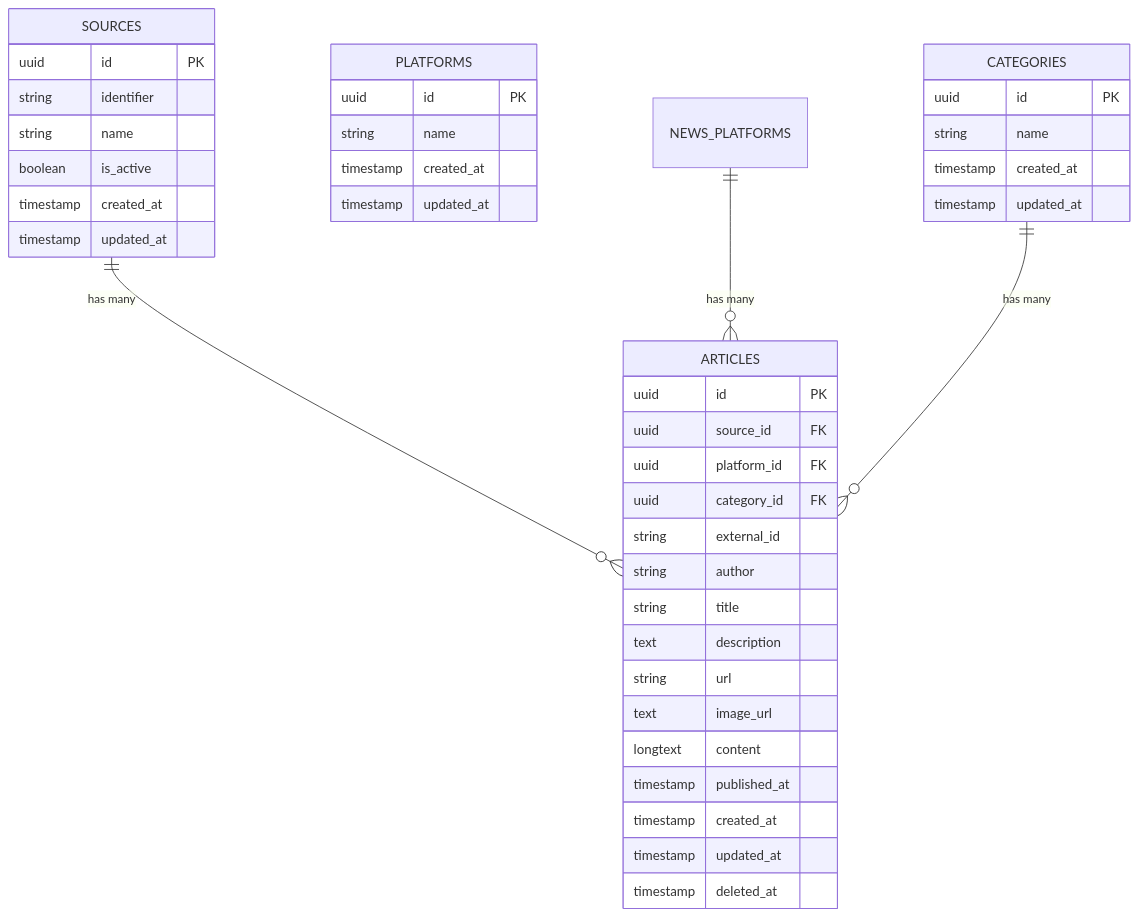
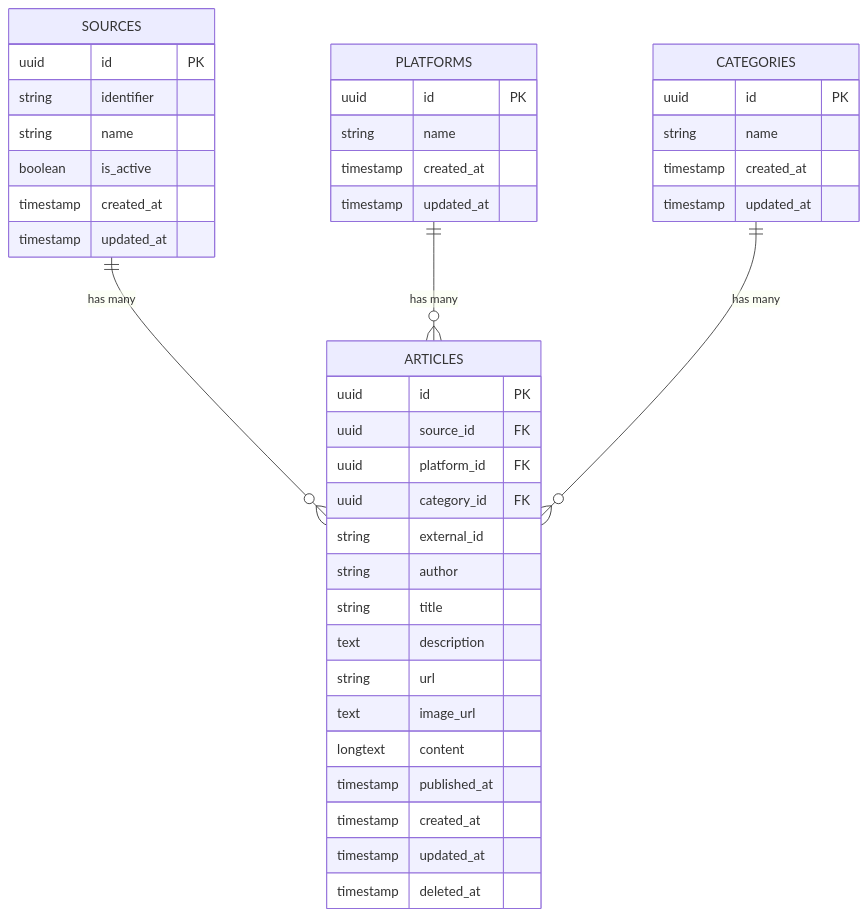
One commit to talhatech/news-aggregator changed the diagram in schema-diagram.mermaid. Above: the diagram before and after it, drawn with Mermaid.

Commit message:
Update: schema-diagram.mermaid

```diff
--- a/schema-diagram.mermaid
+++ b/schema-diagram.mermaid
@@ -1,45 +1,45 @@
 erDiagram
     SOURCES {
         uuid id PK
         string identifier
         string name
         boolean is_active
         timestamp created_at
         timestamp updated_at
     }
 
     PLATFORMS {
         uuid id PK
         string name
         timestamp created_at
         timestamp updated_at
     }
 
     CATEGORIES {
         uuid id PK
         string name
         timestamp created_at
         timestamp updated_at
     }
 
     ARTICLES {
         uuid id PK
         uuid source_id FK
         uuid platform_id FK
         uuid category_id FK
         string external_id
         string author
         string title
         text description
         string url
         text image_url
         longtext content
         timestamp published_at
         timestamp created_at
         timestamp updated_at
         timestamp deleted_at
     }
 
     SOURCES ||--o{ ARTICLES : "has many"
-    NEWS_PLATFORMS ||--o{ ARTICLES : "has many"
+    PLATFORMS ||--o{ ARTICLES : "has many"
     CATEGORIES ||--o{ ARTICLES : "has many"
```
